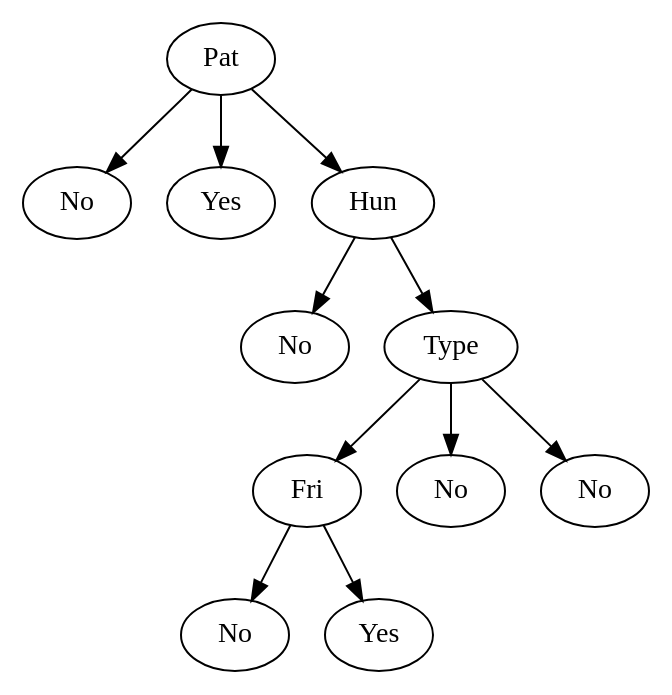
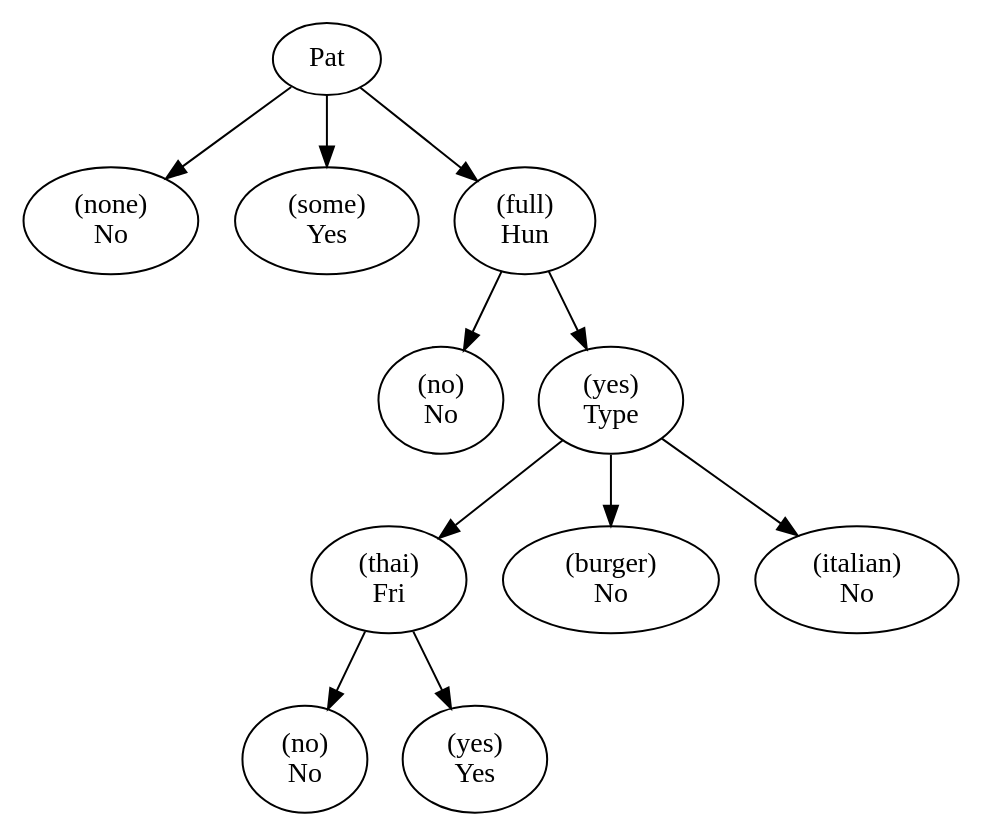
Before and after one commit to erfiboy/Artificial-Intelligence: the diagram in Reserve/doctest-output/round-table.gv, drawn with Graphviz. The commit also changed 3 other files, not shown here.

```diff
--- a/Reserve/doctest-output/round-table.gv
+++ b/Reserve/doctest-output/round-table.gv
@@ -1,24 +1,34 @@
 // The Round Table
 digraph "round-table" {
 	"" [label=Pat]
-	c [label=No]
+	c [label="(none)
+No"]
 	"" -> c
-	d [label=Yes]
+	d [label="(some)
+Yes"]
 	"" -> d
-	e [label=Hun]
+	e [label="(full)
+Hun"]
 	"" -> e
-	f [label=No]
+	f [label="(no)
+No"]
 	e -> f
-	g [label=Type]
+	g [label="(yes)
+Type"]
 	e -> g
-	h [label=Fri]
+	h [label="(thai)
+Fri"]
 	g -> h
-	i [label=No]
+	i [label="(burger)
+No"]
 	g -> i
-	j [label=No]
+	j [label="(italian)
+No"]
 	g -> j
-	k [label=No]
+	k [label="(no)
+No"]
 	h -> k
-	l [label=Yes]
+	l [label="(yes)
+Yes"]
 	h -> l
 }
```
